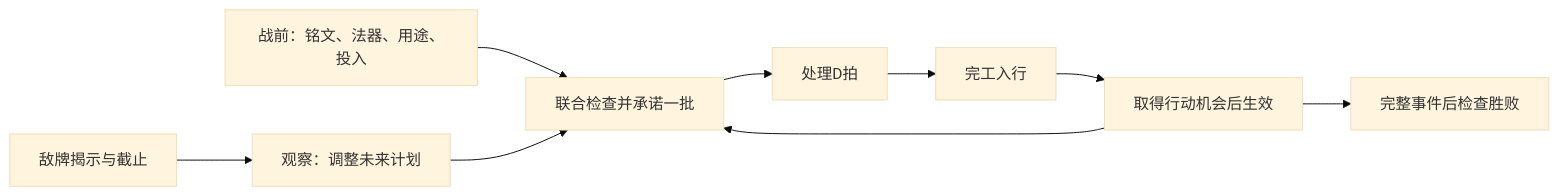
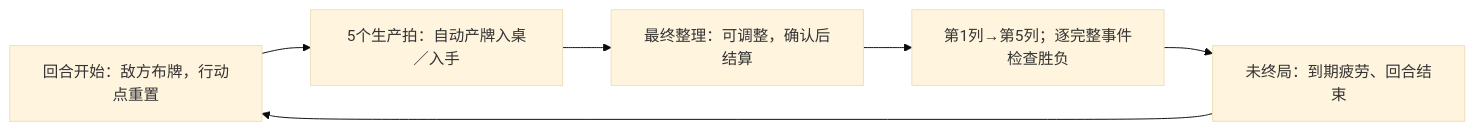
Before and after one commit to dsaj4/game_design: the diagram in yanzhou/design/GDD.md, drawn with Mermaid (base theme). The commit also changed other lines of this file and 54 other files, not shown here.

```diff
--- a/yanzhou/design/GDD.md
+++ b/yanzhou/design/GDD.md
@@ -17,11 +19,8 @@
 ~~~mermaid
 flowchart LR
-  A["战前：铭文、法器、用途、投入"] --> B["联合检查并承诺一批"]
-  B --> C["处理D拍"]
-  C --> D["完工入行"]
-  D --> E["取得行动机会后生效"]
-  E --> B
-  F["敌牌揭示与截止"] --> G["观察：调整未来计划"]
-  G --> B
-  E --> H["完整事件后检查胜败"]
+  A["回合开始：敌方布牌，行动点重置"] --> B["5个生产拍：自动产牌入桌／入手"]
+  B --> C["最终整理：可调整，确认后结算"]
+  C --> D["第1列→第5列；逐完整事件检查胜负"]
+  D --> E["未终局：到期疲劳、回合结束"]
+  E --> A
 ~~~
```
